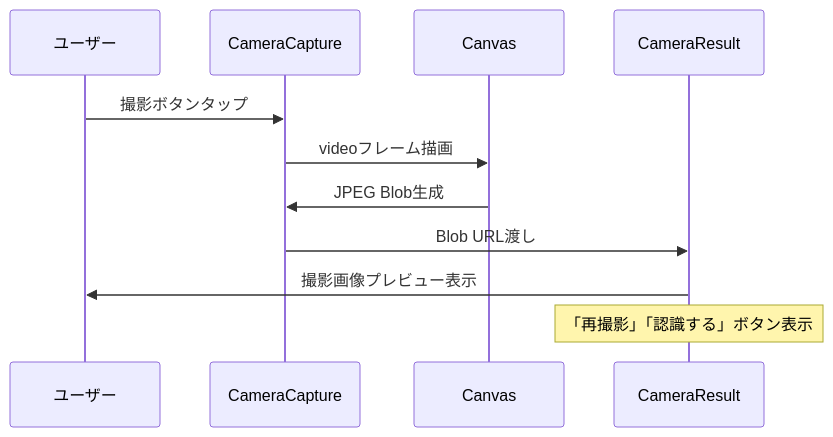
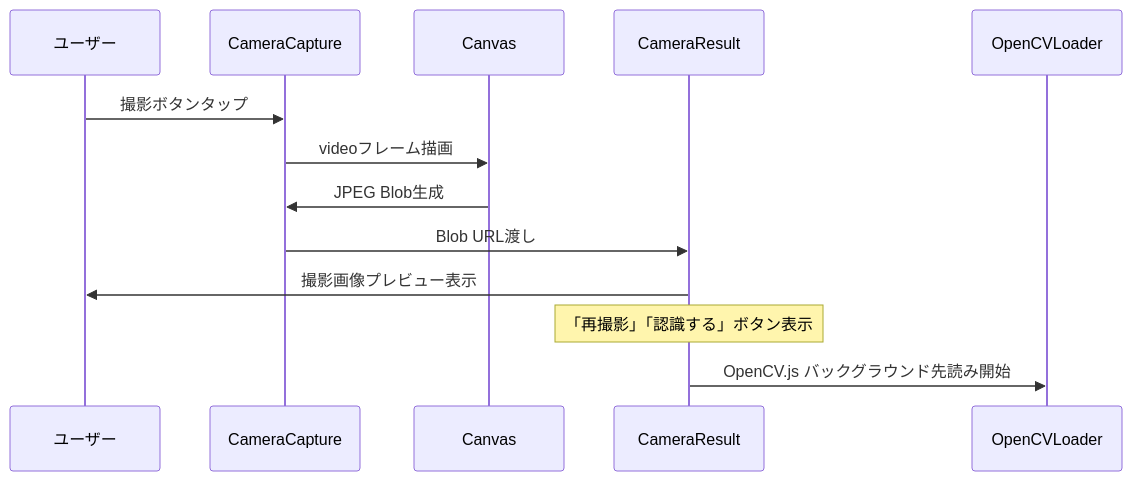
One commit to shokkunrf/nanjara changed the second of 9 diagrams in docs/design/pie-recognition/dataflow.md. Above: the diagram before and after it, drawn with Mermaid. The commit also changed other lines of this file and 3 other files, not shown here.

````diff
--- a/docs/design/pie-recognition/dataflow.md
+++ b/docs/design/pie-recognition/dataflow.md
@@ -40,14 +40,16 @@
 ```mermaid
 sequenceDiagram
     participant U as ユーザー
     participant CC as CameraCapture
     participant Canvas as Canvas
     participant CR as CameraResult
+    participant OL as OpenCVLoader
 
     U->>CC: 撮影ボタンタップ
     CC->>Canvas: videoフレーム描画
     Canvas->>CC: JPEG Blob生成
     CC->>CR: Blob URL渡し
     CR->>U: 撮影画像プレビュー表示
     Note over CR: 「再撮影」「認識する」ボタン表示
+    CR->>OL: OpenCV.js バックグラウンド先読み開始
 ```
````
